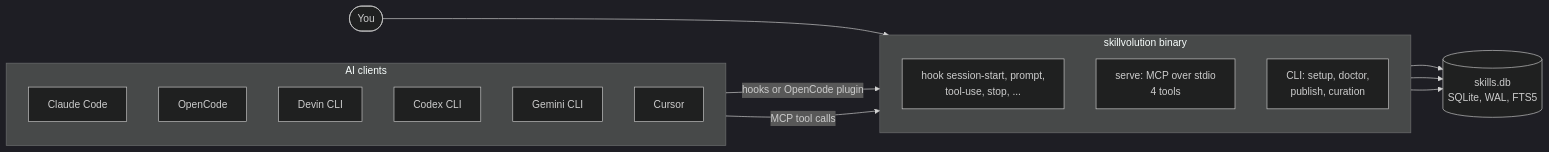
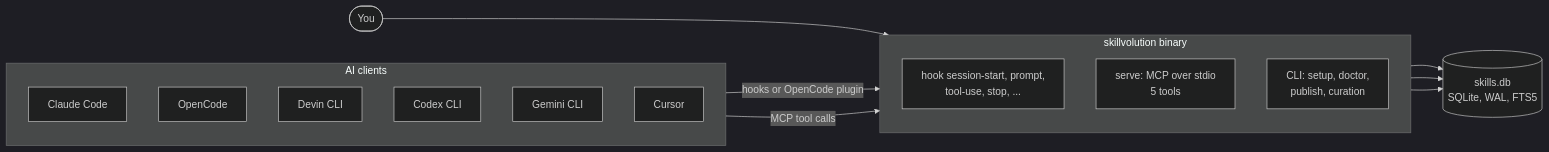
The second of 2 diagrams in README.md (KikeKnox/Skillvolution), drawn with Mermaid (dark theme) before and after one commit. The commit also changed other lines of this file and 4 other files, not shown here.

````diff
--- a/README.md
+++ b/README.md
@@ -53,24 +53,24 @@
 ```mermaid
 flowchart LR
     subgraph clients["AI clients"]
         direction TB
         cc["Claude Code"]
         oc["OpenCode"]
         dv["Devin CLI"]
         cx["Codex CLI"]
         gm["Gemini CLI"]
         cu["Cursor"]
     end
     subgraph bin["skillvolution binary"]
         direction TB
         hooks["hook session-start, prompt,<br/>tool-use, stop, ..."]
-        mcp["serve: MCP over stdio<br/>4 tools"]
+        mcp["serve: MCP over stdio<br/>5 tools"]
         cli["CLI: setup, doctor,<br/>publish, curation"]
     end
     clients -- "hooks or OpenCode plugin" --> hooks
     clients -- "MCP tool calls" --> mcp
     you(["You"]) --> cli
     hooks --> db[("skills.db<br/>SQLite, WAL, FTS5")]
     mcp --> db
     cli --> db
 ```
````
